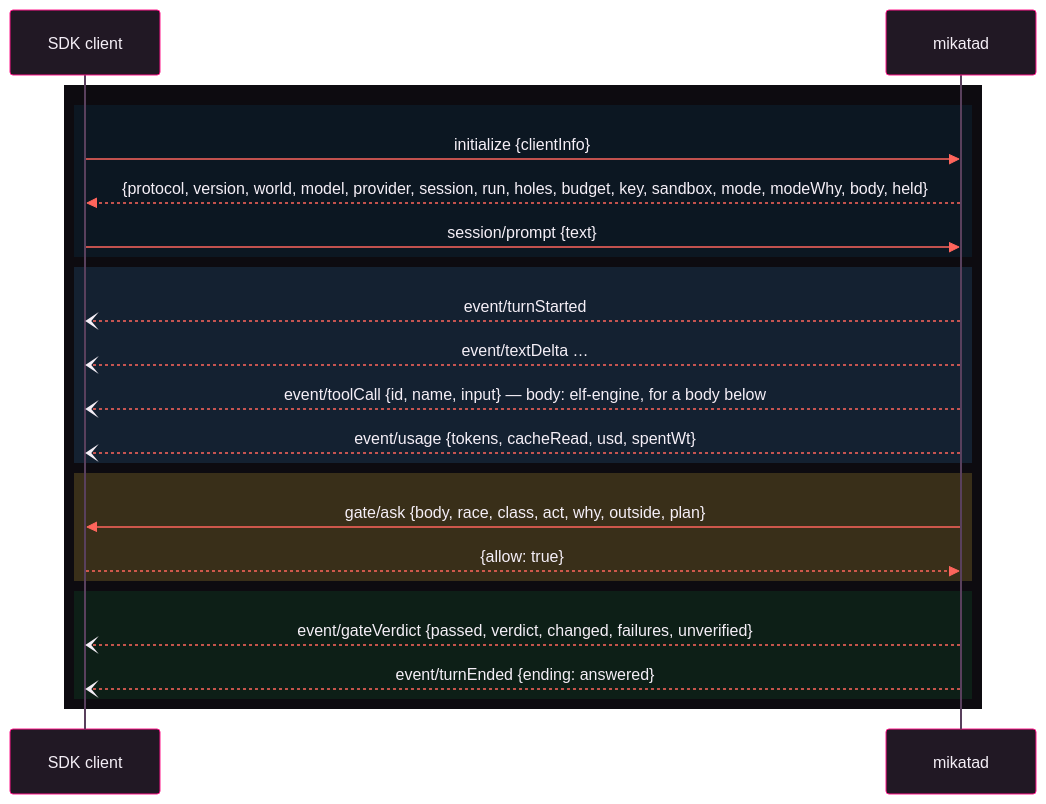
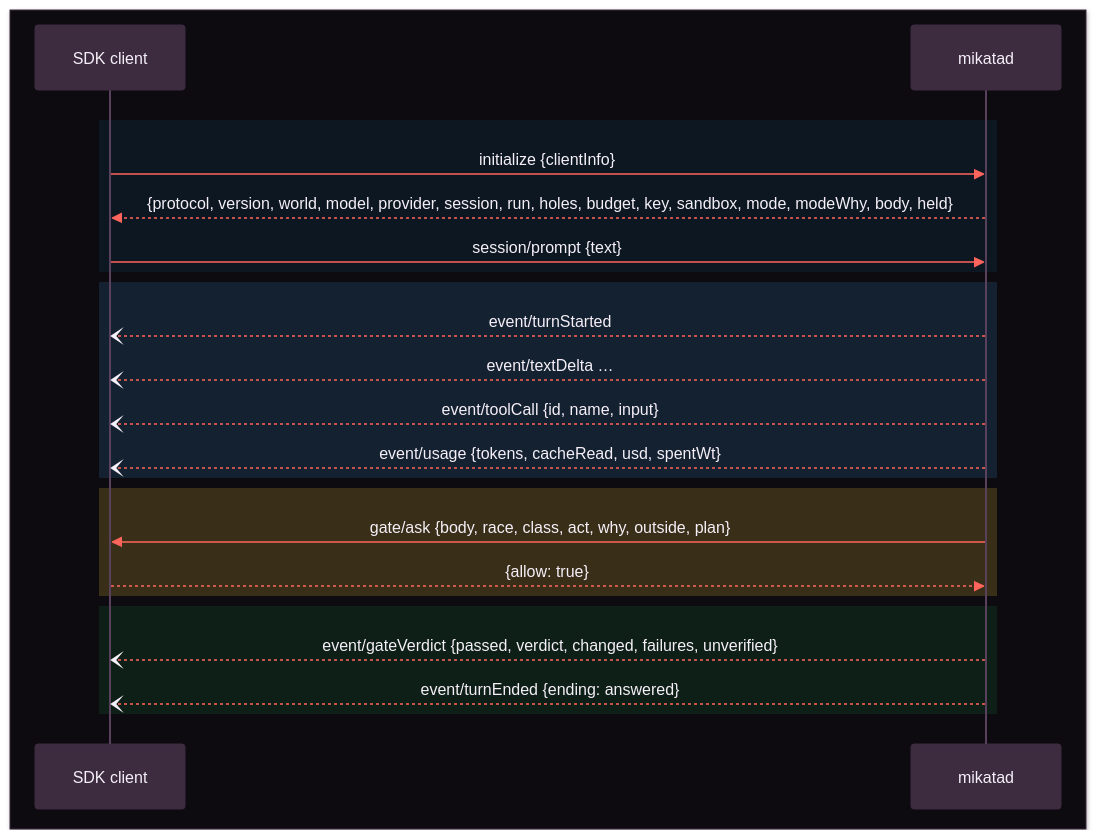
Before and after one commit to Kaginari/mikata: the diagram in docs/04-protocol.md, drawn with Mermaid. The commit also changed other lines of this file and 55 other files, not shown here.

````diff
--- a/docs/04-protocol.md
+++ b/docs/04-protocol.md
@@ -18,78 +8,80 @@
 ```mermaid
 ---
 config:
   theme: base
   themeVariables:
     darkMode: true
     background: "#0d0b10"
     fontFamily: "Inter, Segoe UI, system-ui, -apple-system, Helvetica, Arial, sans-serif"
     fontSize: "15px"
-    primaryColor: "#211824"
+    primaryColor: "#3d2b40"
     primaryTextColor: "#f5eff7"
-    primaryBorderColor: "#ff168a"
-    secondaryColor: "#2c2030"
+    primaryBorderColor: "#3d2b40"
+    secondaryColor: "#59405d"
     secondaryTextColor: "#f5eff7"
-    secondaryBorderColor: "#ff655c"
+    secondaryBorderColor: "#59405d"
     tertiaryColor: "#16111b"
     tertiaryTextColor: "#f5eff7"
-    tertiaryBorderColor: "#59405d"
+    tertiaryBorderColor: "#3d2b40"
     lineColor: "#ff168a"
     textColor: "#f5eff7"
     titleColor: "#f5eff7"
-    edgeLabelBackground: "#16111b"
+    edgeLabelBackground: "#0d0b10"
     clusterBkg: "#16111b"
-    clusterBorder: "#59405d"
-    noteBkgColor: "#332711"
-    noteTextColor: "#ffe1a8"
+    clusterBorder: "#3d2b40"
+    noteBkgColor: "#ffb020"
+    noteTextColor: "#1a1205"
     noteBorderColor: "#ffb020"
-    actorBkg: "#211824"
-    actorBorder: "#ff168a"
+    actorBkg: "#3d2b40"
+    actorBorder: "#3d2b40"
     actorTextColor: "#f5eff7"
     actorLineColor: "#59405d"
     signalColor: "#ff655c"
     signalTextColor: "#f5eff7"
-    labelBoxBkgColor: "#211824"
-    labelBoxBorderColor: "#ff168a"
+    labelBoxBkgColor: "#3d2b40"
+    labelBoxBorderColor: "#3d2b40"
     labelTextColor: "#f5eff7"
     loopTextColor: "#f5eff7"
-    activationBkgColor: "#3a0f26"
+    activationBkgColor: "#ff168a"
     activationBorderColor: "#ff168a"
     sequenceNumberColor: "#0d0b10"
     transitionColor: "#ff168a"
     transitionLabelColor: "#f5eff7"
     stateLabelColor: "#f5eff7"
-    stateBkg: "#211824"
-    labelBackgroundColor: "#16111b"
+    stateBkg: "#3d2b40"
+    labelBackgroundColor: "#0d0b10"
     compositeBackground: "#16111b"
-    compositeTitleBackground: "#211824"
+    compositeTitleBackground: "#3d2b40"
     altBackground: "#16111b"
     specialStateColor: "#b6f542"
     innerEndBackground: "#b6f542"
   flowchart:
     wrappingWidth: 360
 ---
 sequenceDiagram
-    participant C as SDK client
-    participant D as mikatad
+    box rgb(13, 11, 16)
+      participant C as SDK client
+      participant D as mikatad
+    end
     rect rgb(13, 11, 16)
       rect rgba(2,132,199,0.10)
       C->>D: initialize {clientInfo}
       D-->>C: {protocol, version, world, model, provider, session, run, holes, budget, key, sandbox, mode, modeWhy, body, held}
       C->>D: session/prompt {text}
       end
       rect rgba(63,169,245,0.14)
       D--)C: event/turnStarted
       D--)C: event/textDelta …
-      D--)C: event/toolCall {id, name, input} — body: elf-engine, for a body below
+      D--)C: event/toolCall {id, name, input}
       D--)C: event/usage {tokens, cacheRead, usd, spentWt}
       end
       rect rgba(212,175,55,0.22)
       D->>C: gate/ask {body, race, class, act, why, outside, plan}
       C-->>D: {allow: true}
       end
       rect rgba(22,163,74,0.13)
       D--)C: event/gateVerdict {passed, verdict, changed, failures, unverified}
       D--)C: event/turnEnded {ending: answered}
       end
     end
 ```
````
